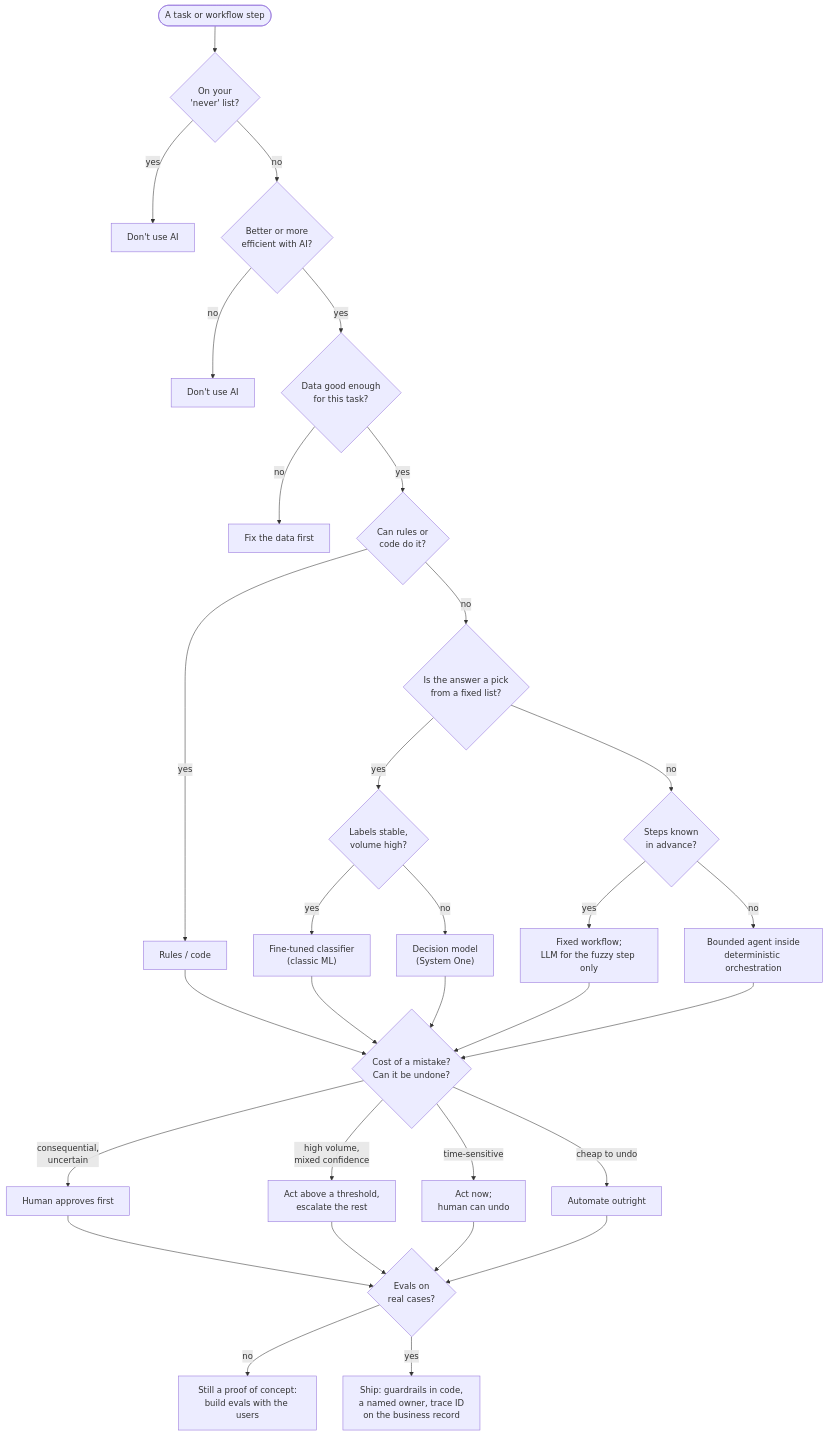
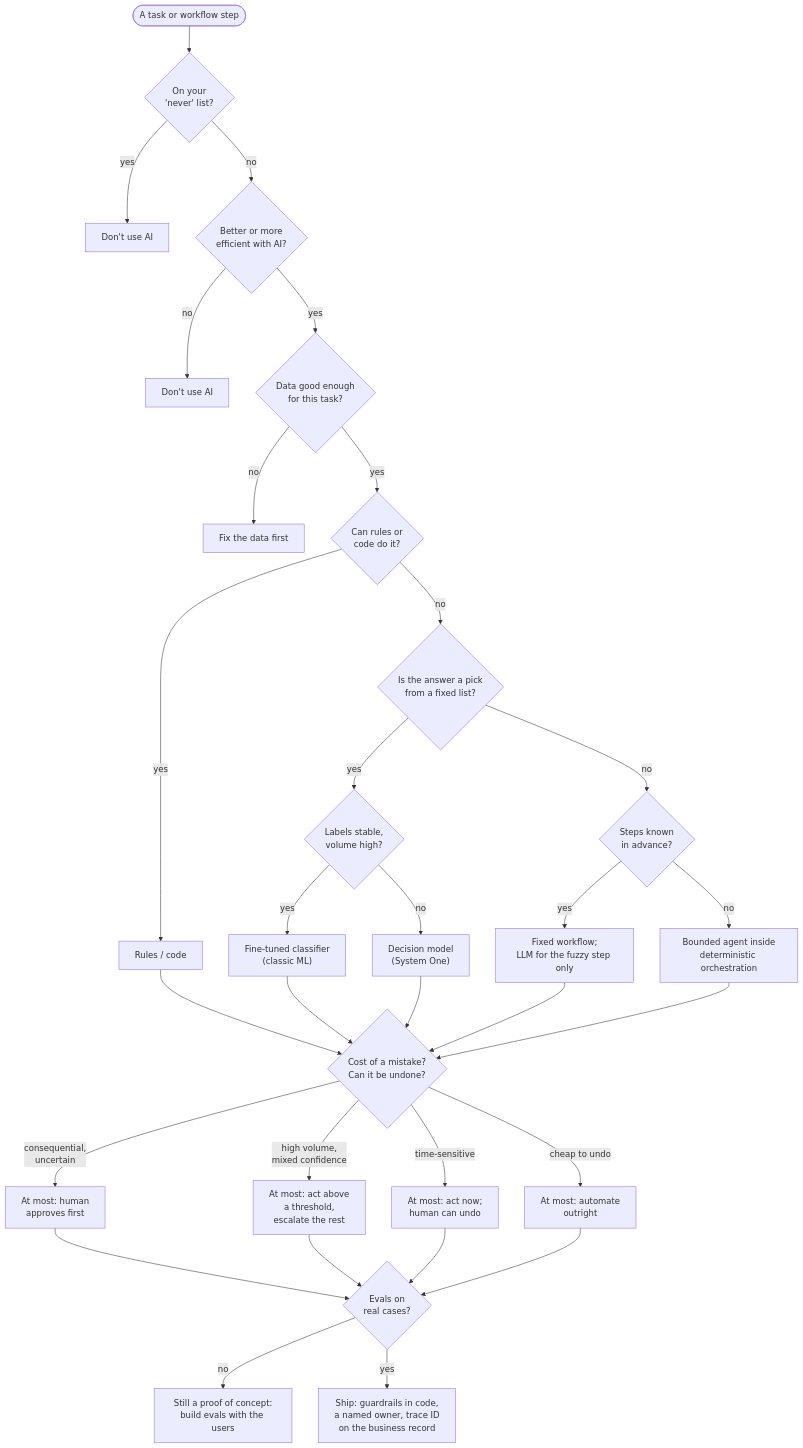
The diagram in 2-decide/should-this-task-use-ai.md (AnilKerai/applied-ai-handbook), drawn with Mermaid before and after one commit. The commit also changed other lines of this file and 27 other files, not shown here.

````diff
--- a/2-decide/should-this-task-use-ai.md
+++ b/2-decide/should-this-task-use-ai.md
@@ -28,26 +27,26 @@
 ```mermaid
 flowchart TD
     S(["A task or workflow step"]) --> Q0{"On your<br/>'never' list?"}
     Q0 -- yes --> X0["Don't use AI"]
     Q0 -- no --> Q1{"Better or more<br/>efficient with AI?"}
     Q1 -- no --> X1["Don't use AI"]
     Q1 -- yes --> Q2{"Data good enough<br/>for this task?"}
     Q2 -- no --> X2["Fix the data first"]
     Q2 -- yes --> Q3{"Can rules or<br/>code do it?"}
     Q3 -- yes --> M1["Rules / code"]
     Q3 -- no --> Q4{"Is the answer a pick<br/>from a fixed list?"}
     Q4 -- yes --> Q5{"Labels stable,<br/>volume high?"}
     Q5 -- yes --> M2["Fine-tuned classifier<br/>(classic ML)"]
     Q5 -- no --> M3["Decision model<br/>(System One)"]
     Q4 -- no --> Q6{"Steps known<br/>in advance?"}
     Q6 -- yes --> M4["Fixed workflow;<br/>LLM for the fuzzy step only"]
     Q6 -- no --> M5["Bounded agent inside<br/>deterministic orchestration"]
     M1 & M2 & M3 & M4 & M5 --> G{"Cost of a mistake?<br/>Can it be undone?"}
-    G -- "consequential,<br/>uncertain" --> D1["Human approves first"]
-    G -- "high volume,<br/>mixed confidence" --> D2["Act above a threshold,<br/>escalate the rest"]
-    G -- "time-sensitive" --> D3["Act now;<br/>human can undo"]
-    G -- "cheap to undo" --> D4["Automate outright"]
+    G -- "consequential,<br/>uncertain" --> D1["At most: human<br/>approves first"]
+    G -- "high volume,<br/>mixed confidence" --> D2["At most: act above<br/>a threshold,<br/>escalate the rest"]
+    G -- "time-sensitive" --> D3["At most: act now;<br/>human can undo"]
+    G -- "cheap to undo" --> D4["At most: automate<br/>outright"]
     D1 & D2 & D3 & D4 --> E{"Evals on<br/>real cases?"}
     E -- no --> P["Still a proof of concept:<br/>build evals with the users"]
     E -- yes --> R["Ship: guardrails in code,<br/>a named owner, trace ID<br/>on the business record"]
 ```
````
